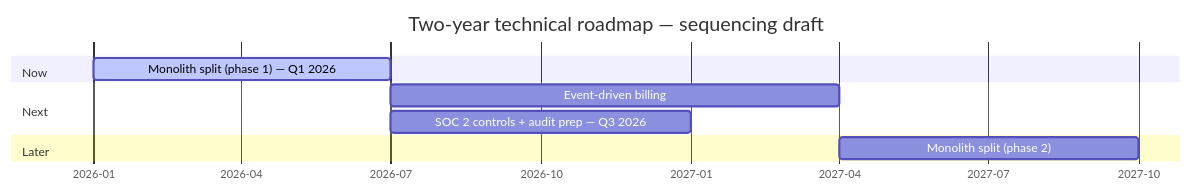
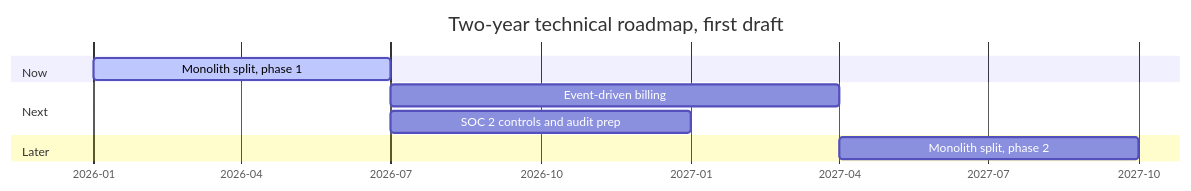
Before and after one commit to francoandreDev/knowledge: the second of 2 diagrams in src/content/architecture/technical-strategy-roadmapping/L2-concept.mdx, drawn with Mermaid. The commit also changed other lines of this file and 18 other files, not shown here.

Commit message:
Migrate architecture batch 4 (architecture-for-compliance, cost-aware-architecture, architecture-review, technical-strategy-roadmapping) to the three-tier exercise model

````diff
--- a/src/content/architecture/technical-strategy-roadmapping/L2-concept.mdx
+++ b/src/content/architecture/technical-strategy-roadmapping/L2-concept.mdx
@@ -104,13 +111,13 @@
 ```mermaid
 gantt
-    title Two-year technical roadmap — sequencing draft
+    title Two-year technical roadmap, first draft
     dateFormat  YYYY-MM-DD
     axisFormat  %Y-%m
     section Now
-    Monolith split (phase 1) — Q1 2026      :active, a1, 2026-01-01, 6M
+    Monolith split, phase 1            :active, a1, 2026-01-01, 6M
     section Next
-    Event-driven billing                    :a2, after a1, 9M
-    SOC 2 controls + audit prep — Q3 2026   :a3, 2026-07-01, 6M
+    Event-driven billing               :a2, after a1, 9M
+    SOC 2 controls and audit prep      :a3, 2026-07-01, 6M
     section Later
-    Monolith split (phase 2)                :a4, after a2, 6M
+    Monolith split, phase 2            :a4, after a2, 6M
 ```
````
